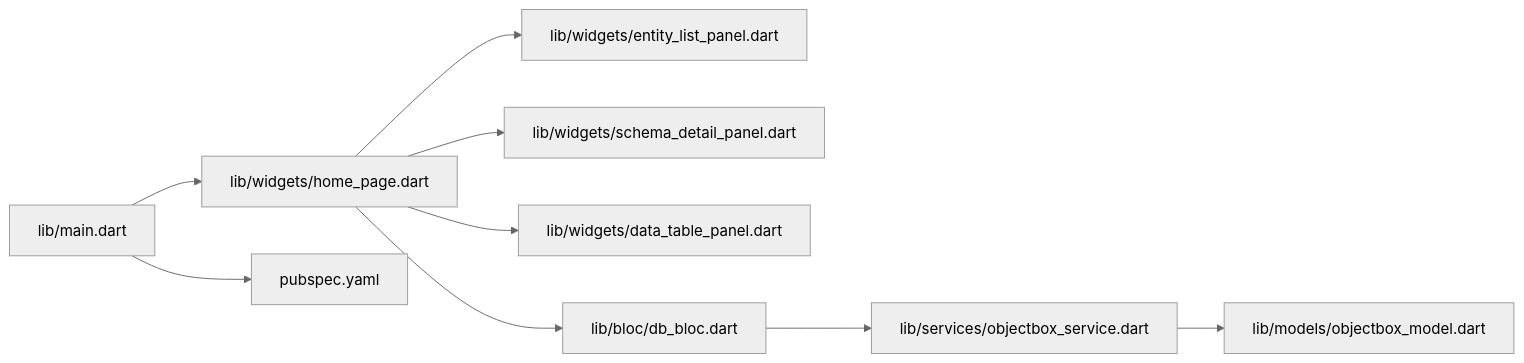
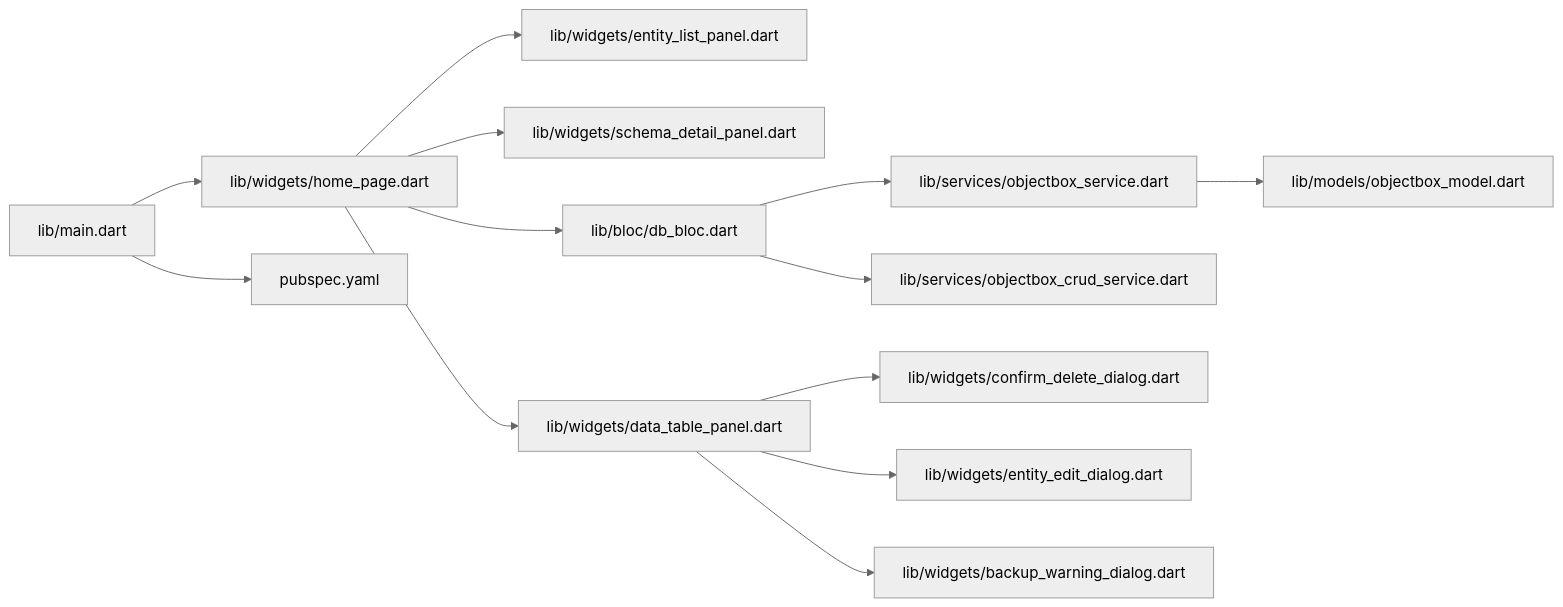
One commit to kongpf8848/objectbox_viewer changed the fourth of 4 diagrams in .qoder/repowiki/zh/content/核心功能/数据展示.md. Above: the diagram before and after it, drawn with Mermaid (neutral theme). The commit also changed other lines of this file and 19 other files, not shown here.

````diff
--- a/.qoder/repowiki/zh/content/核心功能/数据展示.md
+++ b/.qoder/repowiki/zh/content/核心功能/数据展示.md
@@ -274,11 +315,15 @@
 ```mermaid
 graph LR
 M["lib/main.dart"] --> HP["lib/widgets/home_page.dart"]
 HP --> EL["lib/widgets/entity_list_panel.dart"]
 HP --> SD["lib/widgets/schema_detail_panel.dart"]
 HP --> DT["lib/widgets/data_table_panel.dart"]
 HP --> BL["lib/bloc/db_bloc.dart"]
 BL --> SV["lib/services/objectbox_service.dart"]
+BL --> CS["lib/services/objectbox_crud_service.dart"]
 SV --> MD["lib/models/objectbox_model.dart"]
+DT --> CD["lib/widgets/confirm_delete_dialog.dart"]
+DT --> ED["lib/widgets/entity_edit_dialog.dart"]
+DT --> BW["lib/widgets/backup_warning_dialog.dart"]
 M --> PUB["pubspec.yaml"]
 ```
````
